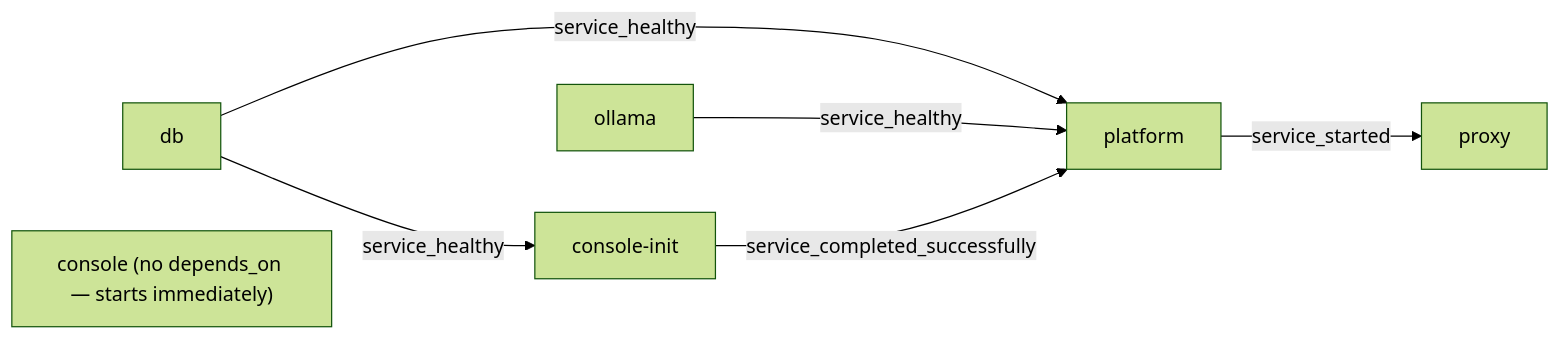
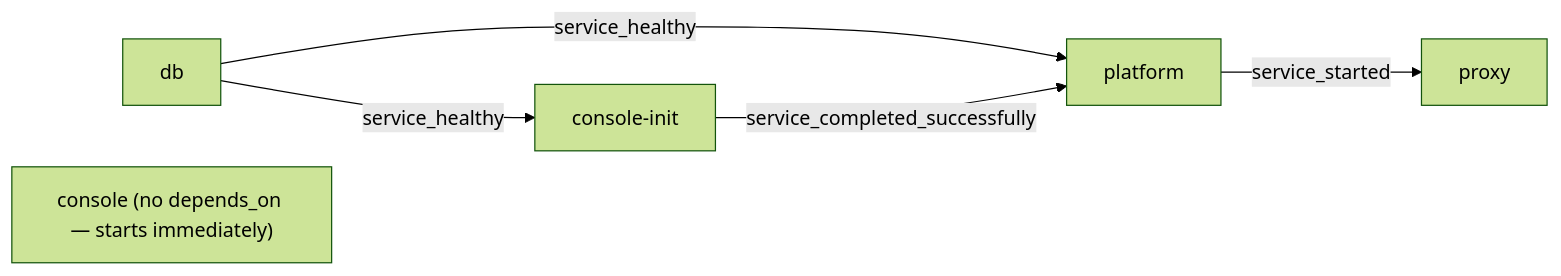
The diagram in docs/architecture/byodt/ARCHITECTURE.md (dether-net/dethernety-oss), drawn with Mermaid (forest theme) before and after one commit. The commit also changed other lines of this file and 99 other files, not shown here.

````diff
--- a/docs/architecture/byodt/ARCHITECTURE.md
+++ b/docs/architecture/byodt/ARCHITECTURE.md
@@ -197,9 +219,8 @@
 ```mermaid
 graph LR
   db[db] -- service_healthy --> init[console-init]
   db -- service_healthy --> platform[platform]
-  ollama[ollama] -- service_healthy --> platform
   init -- service_completed_successfully --> platform
   platform -- service_started --> proxy[proxy]
   console["console (no depends_on — starts immediately)"]
 ```
````
